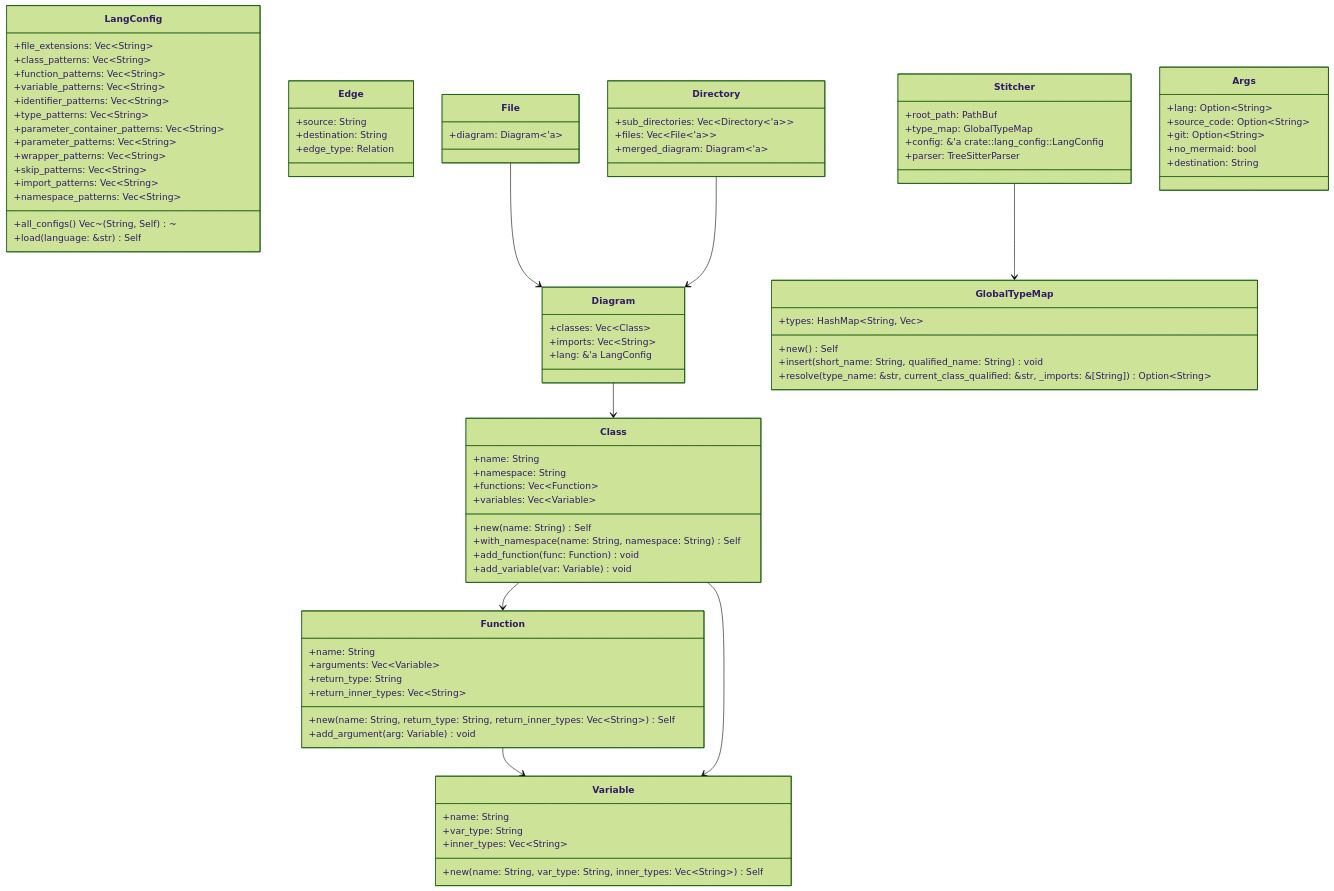
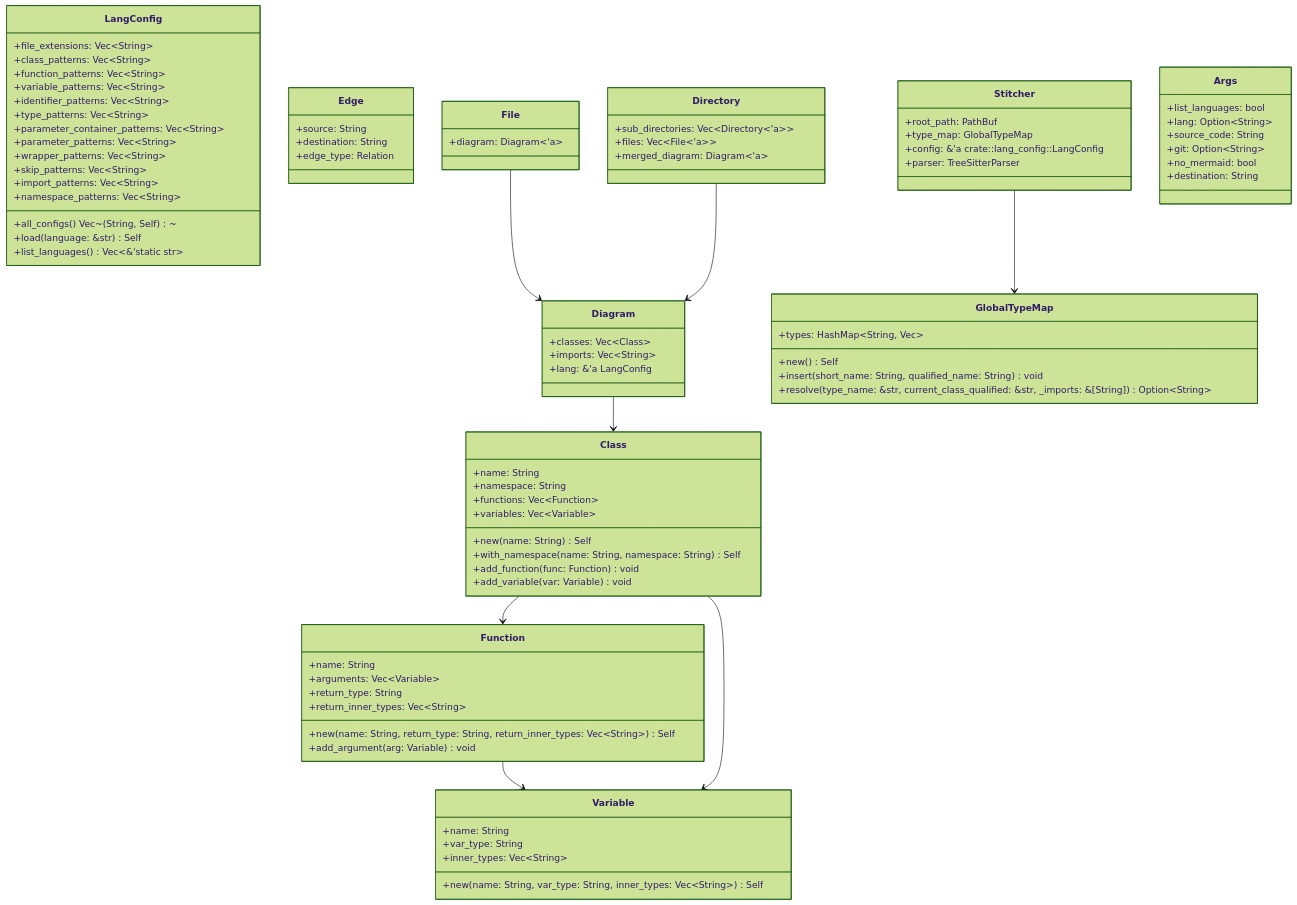
Before and after one commit to EthanDGee/Auto-UML: the diagram in UML.md, drawn with Mermaid (forest theme).

Commit message:
docs: update UML diagram [skip ci]

```diff
--- a/UML.md
+++ b/UML.md
@@ -15,6 +15,7 @@
         +namespace_patterns: Vec~String~
         +all_configs() Vec~(String, Self)~
         +load(language: &str) Self
+        +list_languages() Vec~&'static str~
     }
     class Edge {
         +source: String
@@ -71,8 +72,9 @@
         +parser: TreeSitterParser
     }
     class Args {
+        +list_languages: bool
         +lang: Option~String~
-        +source_code: Option~String~
+        +source_code: String
         +git: Option~String~
         +no_mermaid: bool
         +destination: String
```
